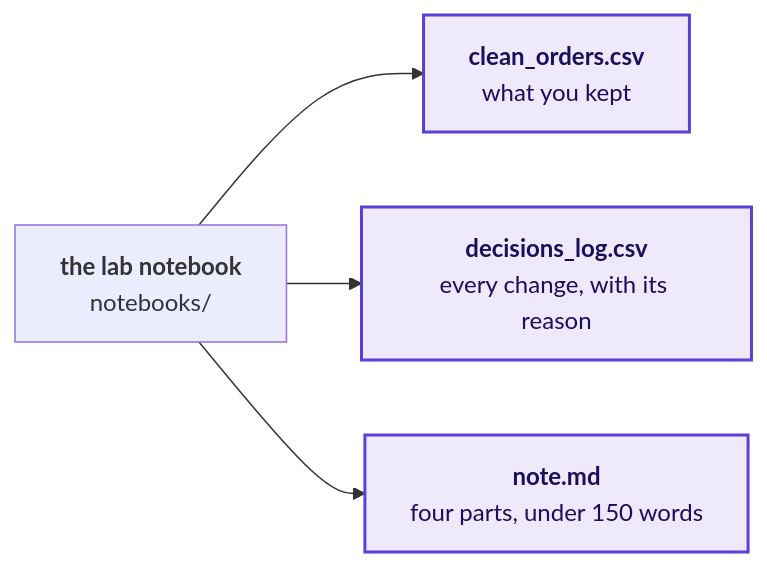
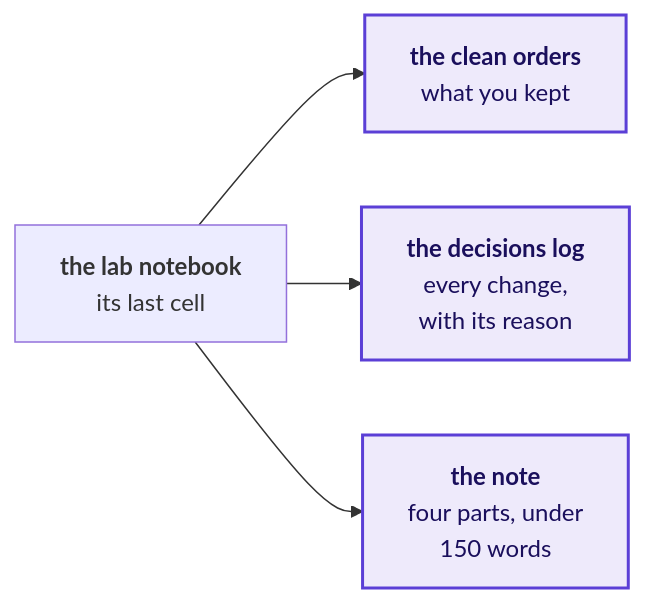
Before and after one commit to fde-academy-lab/c2-content-factory: the third of 4 diagrams in content/W01/D5/slides/C2_W01_D05_lab_STUDENT.md, drawn with Mermaid. The commit also changed other lines of this file and 5 other files, not shown here.

````diff
--- a/content/W01/D5/slides/C2_W01_D05_lab_STUDENT.md
+++ b/content/W01/D5/slides/C2_W01_D05_lab_STUDENT.md
@@ -130,8 +165,8 @@
 ```mermaid
 flowchart LR
-    NB["<b>the lab notebook</b><br/>notebooks/"] --> O1["<b>clean_orders.csv</b><br/>what you kept"]
-    NB --> O2["<b>decisions_log.csv</b><br/>every change, with its reason"]
-    NB --> O3["<b>note.md</b><br/>four parts, under 150 words"]
+    NB["<b>the lab notebook</b><br/>its last cell"] --> O1["<b>the clean orders</b><br/>what you kept"]
+    NB --> O2["<b>the decisions log</b><br/>every change,<br/>with its reason"]
+    NB --> O3["<b>the note</b><br/>four parts, under<br/>150 words"]
     classDef known fill:#EEEAFB,stroke:#5B3FD6,color:#1A0F5C,stroke-width:2px
     class O1,O2,O3 known
 ```
````
